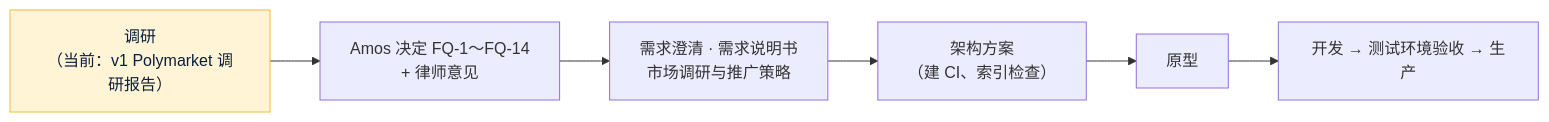
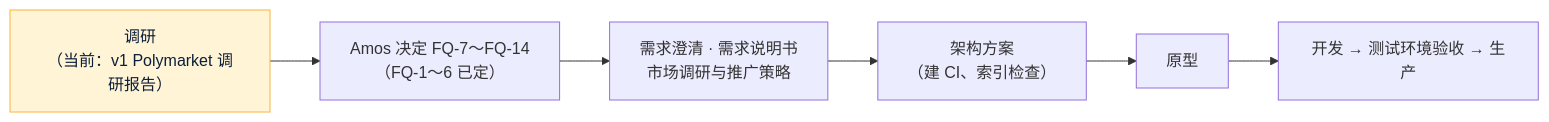
The diagram in 项目地图.md (dollar3651314/forecast), drawn with Mermaid before and after one commit. The commit also changed other lines of this file and 2 other files, not shown here.

First line of the commit message:
调研报告 v1.1：记录 Amos 对 FQ-1～FQ-6 的答复

````diff
--- a/项目地图.md
+++ b/项目地图.md
@@ -10,5 +10,5 @@
 ```mermaid
 flowchart LR
-    R["调研<br/>（当前：v1 Polymarket 调研报告）"]:::now --> Q["Amos 决定 FQ-1～FQ-14<br/>+ 律师意见"] --> D["需求澄清 · 需求说明书<br/>市场调研与推广策略"] --> A["架构方案<br/>（建 CI、索引检查）"] --> P["原型"] --> DEV["开发 → 测试环境验收 → 生产"]
+    R["调研<br/>（当前：v1 Polymarket 调研报告）"]:::now --> Q["Amos 决定 FQ-7～FQ-14<br/>（FQ-1～6 已定）"] --> D["需求澄清 · 需求说明书<br/>市场调研与推广策略"] --> A["架构方案<br/>（建 CI、索引检查）"] --> P["原型"] --> DEV["开发 → 测试环境验收 → 生产"]
     classDef now fill:#FFF4D6,stroke:#F5B83D,color:#0B1F3A
 ```
````
